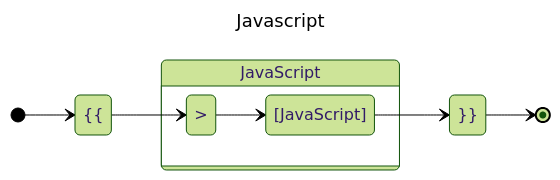
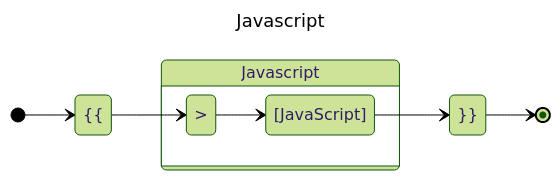
One commit to ventojs/webstorm-vento changed the third of 11 diagrams in statemachine-v2.md. Above: the diagram before and after it, drawn with Mermaid. The commit also changed other lines of this file, not shown here.

First line of the commit message:
chore(docs): refine Vento State Machine diagrams structure

````diff
--- a/statemachine-v2.md
+++ b/statemachine-v2.md
@@ -107,28 +114,29 @@
 ```mermaid
 ---
 title: Javascript
 config:
   theme: 'forest'
   themeVariables:
     darkmode: 'false'
     background: '#ffffff'
 ---
 stateDiagram-v2
     direction LR
     state "[JavaScript]" as js
 
     [*] --> open3
 
     close3 --> [*]
 %% Javascript
     state "{{" as open3
     state "}}" as close3
     open3 --> gt
-state "JavaScript" as grJavaScript {
+    grJavaScript: Javascript
+state  grJavaScript {
 state ">" as gt
     gt --> js
 }
     js --> close3
 
 
 ```
````
